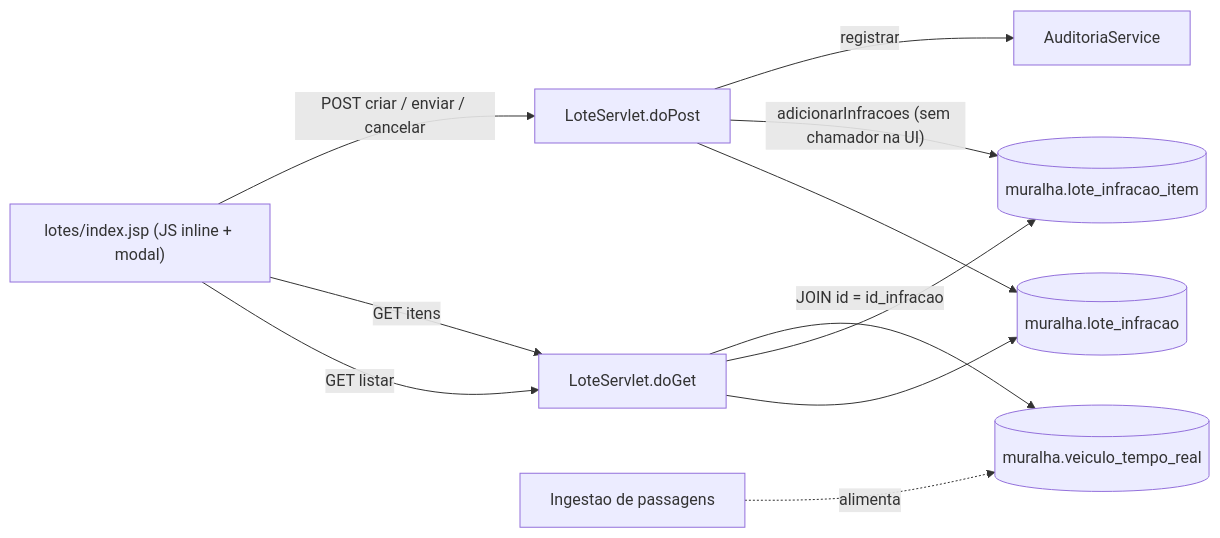
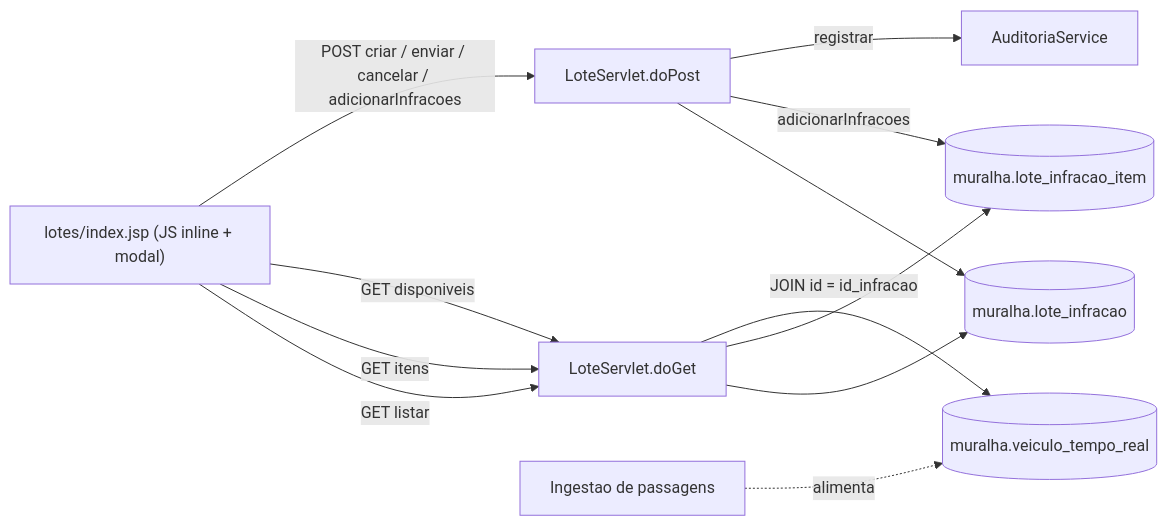
Before and after one commit to gustavoflandal/GTW-CWB: diagram 31 of 31 in docs/banco-de-dados/estrutura-dados-por-tela.md, drawn with Mermaid. The commit also changed other lines of this file and 87 other files, not shown here.

````diff
--- a/docs/banco-de-dados/estrutura-dados-por-tela.md
+++ b/docs/banco-de-dados/estrutura-dados-por-tela.md
@@ -1704,13 +1712,14 @@
 ```mermaid
 flowchart LR
     T["lotes/index.jsp (JS inline + modal)"] -->|"GET listar"| S["LoteServlet.doGet"]
     T -->|"GET itens"| S
-    T -->|"POST criar / enviar / cancelar"| P["LoteServlet.doPost"]
+    T -->|"GET disponiveis"| S
+    T -->|"POST criar / enviar / cancelar / adicionarInfracoes"| P["LoteServlet.doPost"]
     S --> L[("muralha.lote_infracao")]
     S --> I[("muralha.lote_infracao_item")]
     S -->|"JOIN id = id_infracao"| V[("muralha.veiculo_tempo_real")]
     P --> L
-    P -->|"adicionarInfracoes (sem chamador na UI)"| I
+    P -->|"adicionarInfracoes"| I
     P -->|"registrar"| A["AuditoriaService"]
     R["Ingestao de passagens"] -.->|"alimenta"| V
 ```
````
